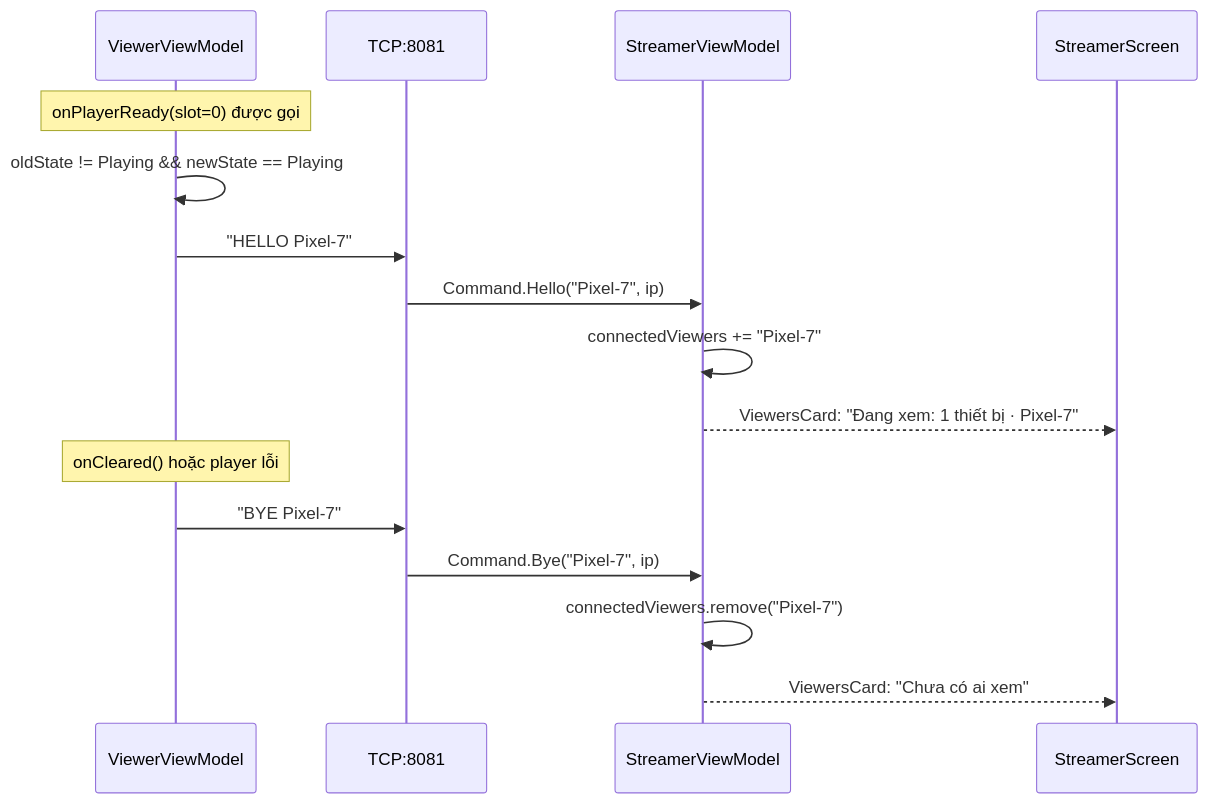
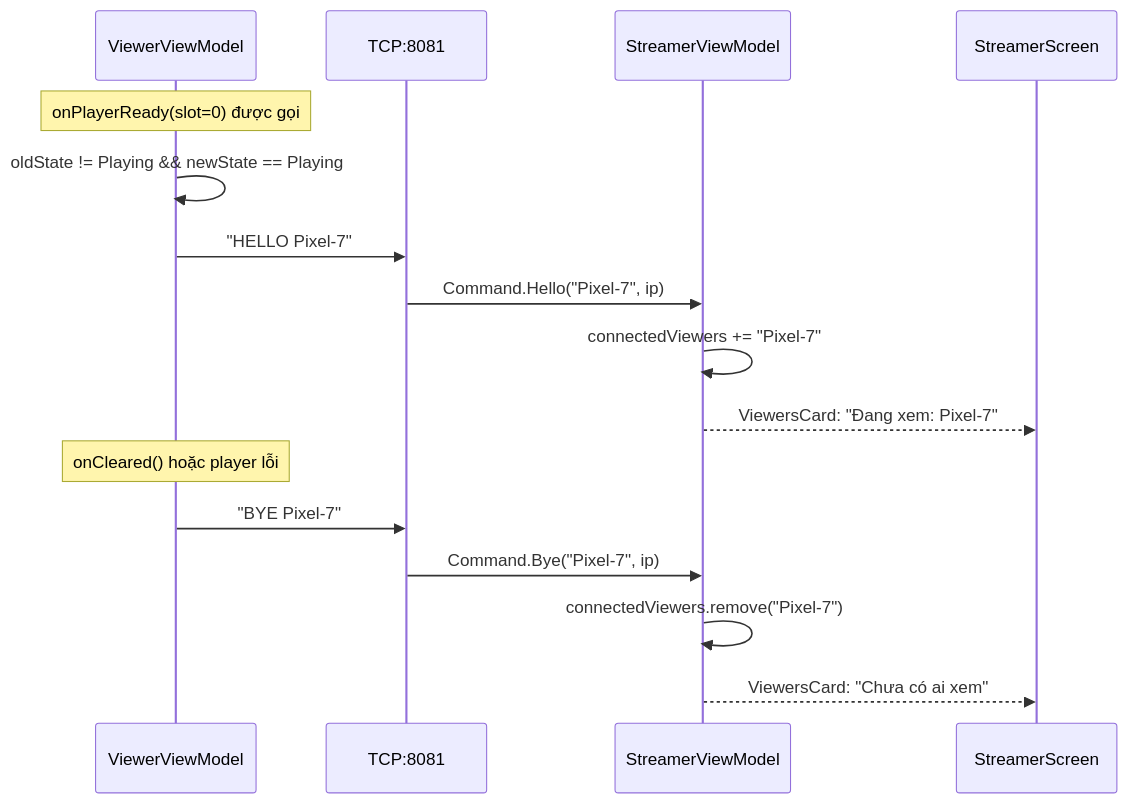
One commit to nvdung1607/PhoneCamera changed the fifth of 5 diagrams in README.md. Above: the diagram before and after it, drawn with Mermaid. The commit also changed other lines of this file and 3 other files, not shown here.

````diff
--- a/README.md
+++ b/README.md
@@ -451,20 +204,20 @@
 ```mermaid
 sequenceDiagram
     participant VVM as ViewerViewModel
     participant TCP as TCP:8081
     participant SVM as StreamerViewModel
     participant SS as StreamerScreen
 
     Note over VVM: onPlayerReady(slot=0) được gọi
     VVM->>VVM: oldState != Playing && newState == Playing
     VVM->>TCP: "HELLO Pixel-7"
     TCP->>SVM: Command.Hello("Pixel-7", ip)
     SVM->>SVM: connectedViewers += "Pixel-7"
-    SVM-->>SS: ViewersCard: "Đang xem: 1 thiết bị · Pixel-7"
+    SVM-->>SS: ViewersCard: "Đang xem: Pixel-7"
 
     Note over VVM: onCleared() hoặc player lỗi
     VVM->>TCP: "BYE Pixel-7"
     TCP->>SVM: Command.Bye("Pixel-7", ip)
     SVM->>SVM: connectedViewers.remove("Pixel-7")
     SVM-->>SS: ViewersCard: "Chưa có ai xem"
 ```
````
